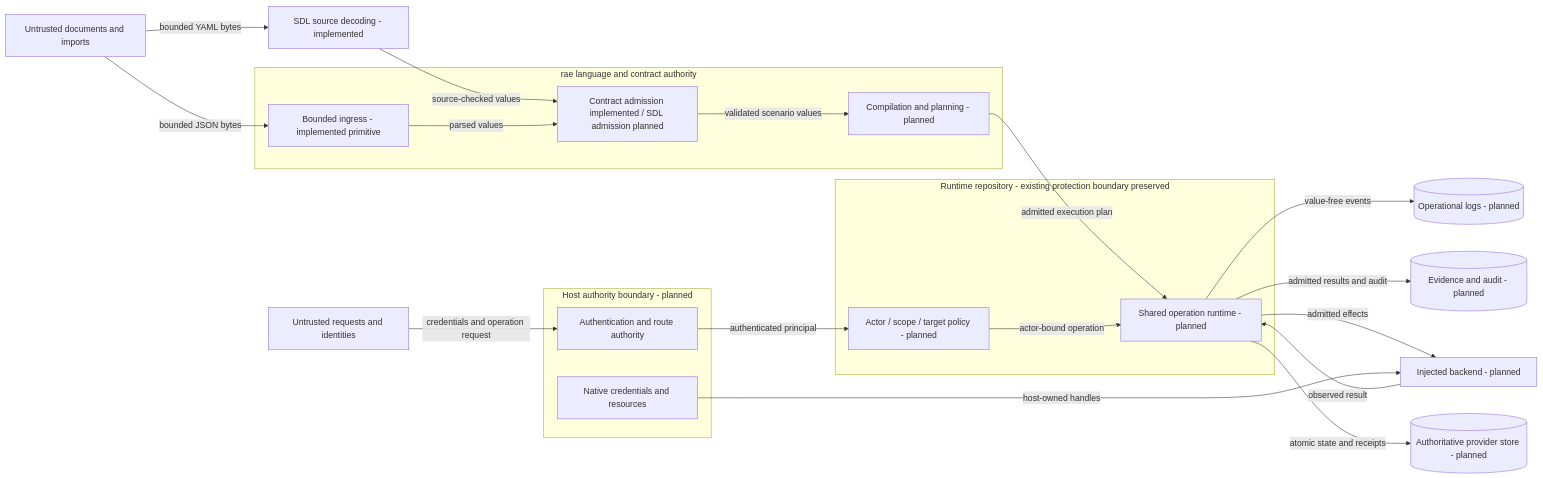
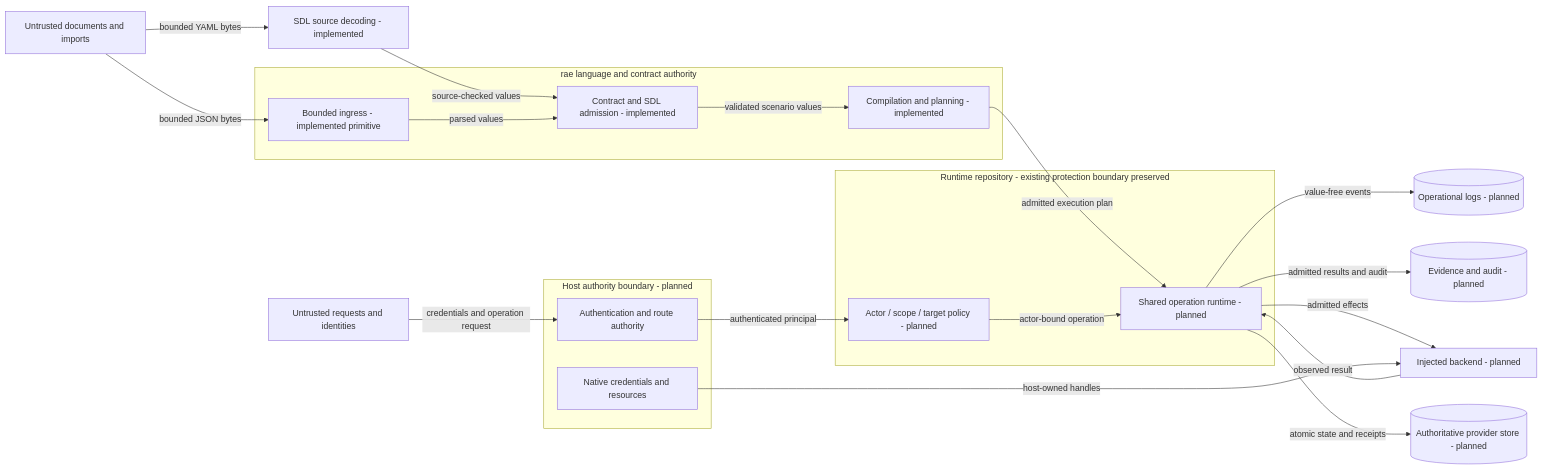
The second of 3 diagrams in docs/develop/go-architecture.md (OpenRAE/rae), drawn with Mermaid before and after one commit. The commit also changed other lines of this file and 483 other files, not shown here.

Commit message:
Port processor compilation planning and realization to Go

````diff
--- a/docs/develop/go-architecture.md
+++ b/docs/develop/go-architecture.md
@@ -94,33 +100,33 @@
 ```mermaid
 flowchart LR
     Documents[Untrusted documents and imports]
     Requests[Untrusted requests and identities]
     subgraph Host[Host authority boundary - planned]
         Auth[Authentication and route authority]
         Secrets[Native credentials and resources]
     end
     subgraph Core[rae language and contract authority]
         Ingress[Bounded ingress - implemented primitive]
-        Admission[Contract admission implemented / SDL admission planned]
-        Plan[Compilation and planning - planned]
+        Admission[Contract and SDL admission - implemented]
+        Plan[Compilation and planning - implemented]
     end
     subgraph RuntimeRepo[Runtime repository - existing protection boundary preserved]
         Policy[Actor / scope / target policy - planned]
         Runtime[Shared operation runtime - planned]
     end
     Documents -->|bounded JSON bytes| Ingress
     Documents -->|bounded YAML bytes| Source[SDL source decoding - implemented]
     Source -->|source-checked values| Admission
     Ingress -->|parsed values| Admission
     Requests -->|credentials and operation request| Auth
     Auth -->|authenticated principal| Policy
     Admission -->|validated scenario values| Plan
     Plan -->|admitted execution plan| Runtime
     Policy -->|actor-bound operation| Runtime
     Runtime -->|atomic state and receipts| Store[(Authoritative provider store - planned)]
     Runtime -->|admitted effects| Backend[Injected backend - planned]
     Secrets -->|host-owned handles| Backend
     Backend -->|observed result| Runtime
     Runtime -->|admitted results and audit| Evidence[(Evidence and audit - planned)]
     Runtime -->|value-free events| Logs[(Operational logs - planned)]
 ```
````
